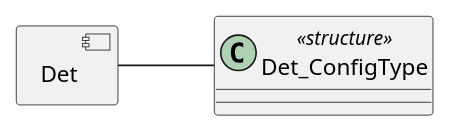
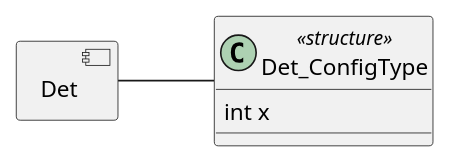
Before and after one commit to cimplart/restuml2code: the third of 4 diagrams in tests/types-functions/input.rst, drawn with PlantUML. The commit also changed other lines of this file and 3 other files, not shown here.

```diff
--- a/tests/types-functions/input.rst
+++ b/tests/types-functions/input.rst
@@ -48,10 +49,12 @@
 .. uml::
 
     allow_mixing
     left to right direction
 
     component Det
 
-    class Det_ConfigType <<structure>>
+    class Det_ConfigType <<structure>> {
+        int x
+    }
 
     Det -- Det_ConfigType
```
